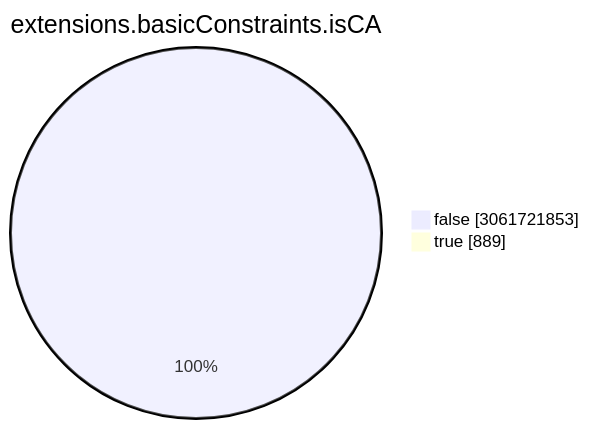
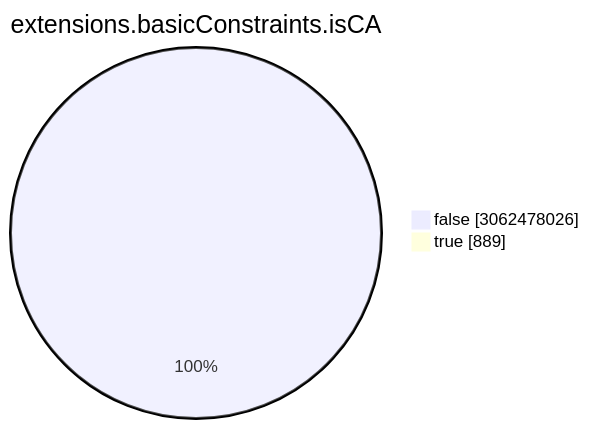
The seventh of 15 diagrams in TOTAL/README.md (christiankrug/ctmonitor_visualization), drawn with Mermaid before and after one commit. The commit also changed other lines of this file, not shown here.

````diff
--- a/TOTAL/README.md
+++ b/TOTAL/README.md
@@ -3086,6 +3086,6 @@
 ```mermaid
 pie showData
 title extensions.basicConstraints.isCA
-"false" :3061721853
+"false" :3062478026
 "true" :889
 ```
````
